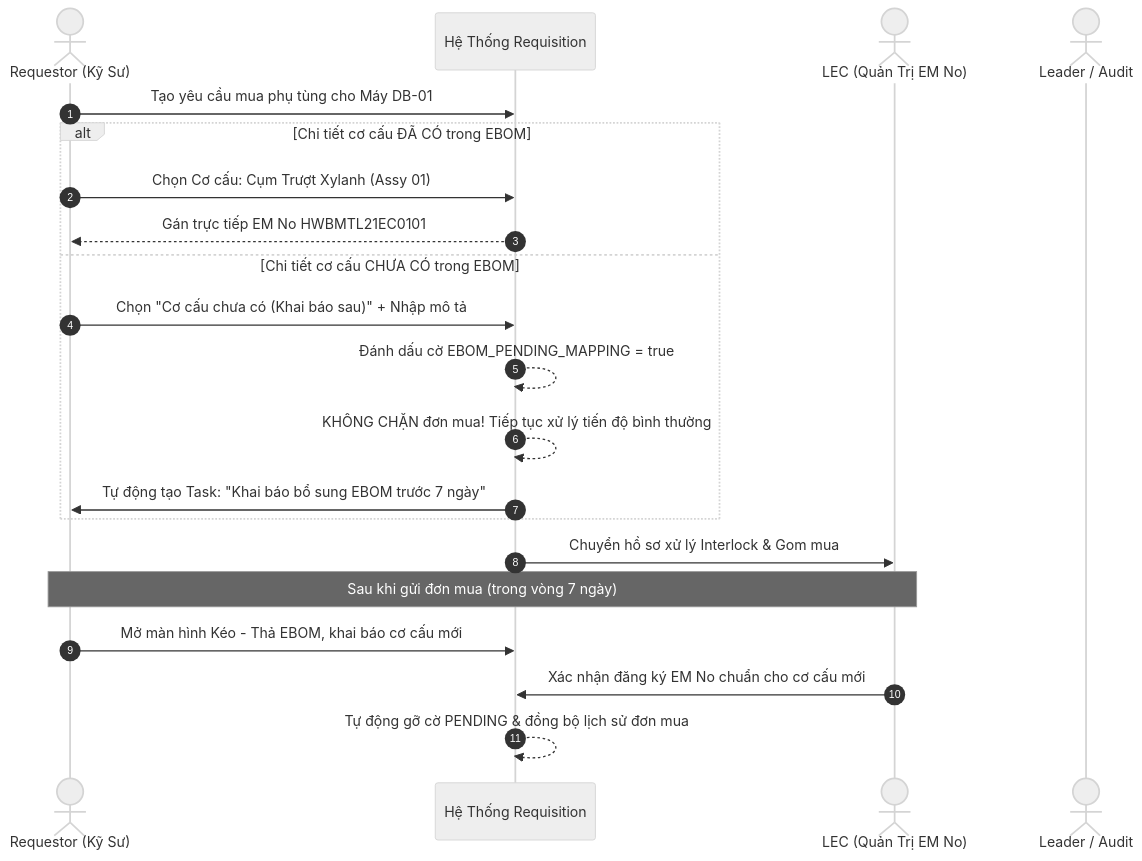
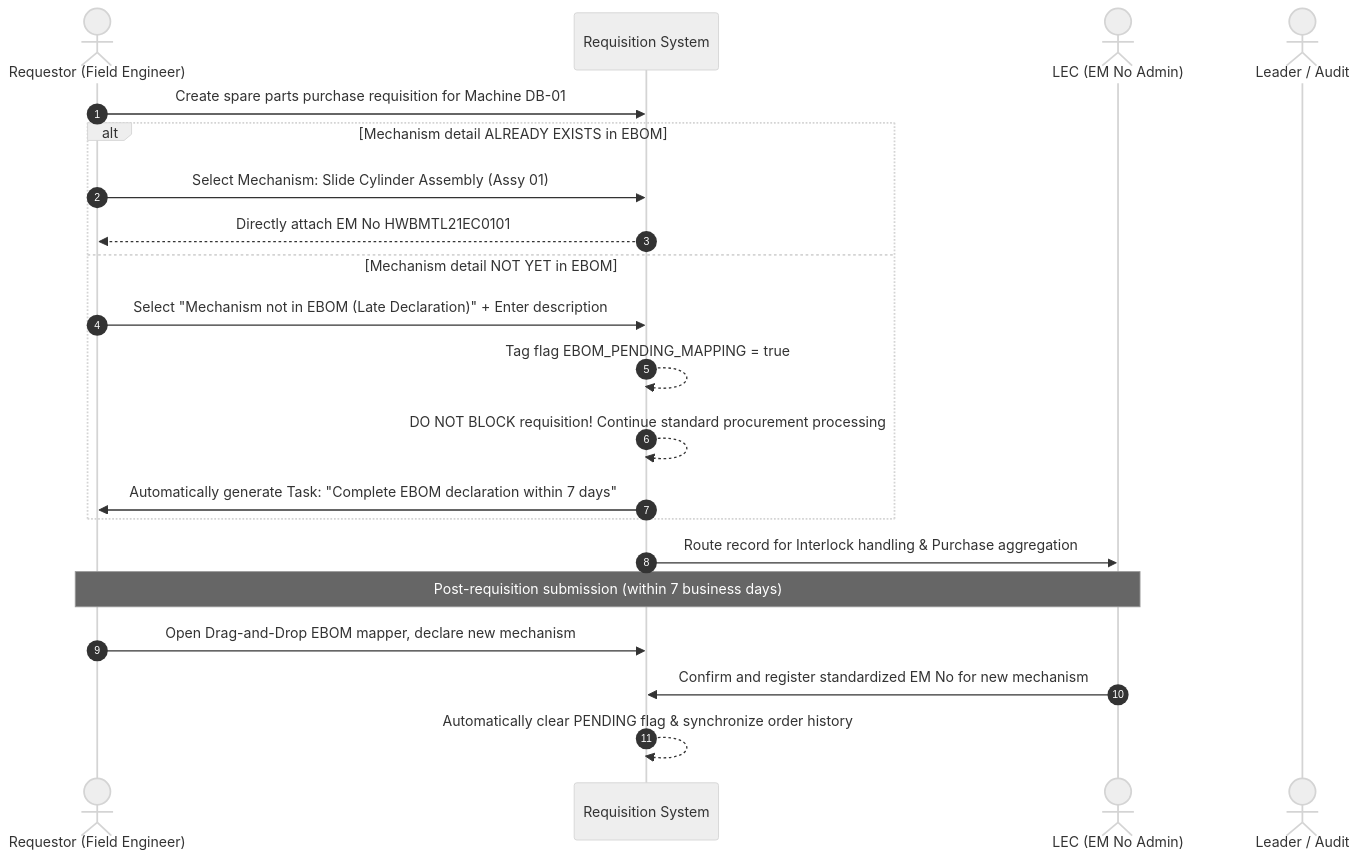
One commit to longphamduc-vn/ops-workflow changed the second of 2 diagrams in procurement-system/01-master-data-and-ebom/02-ebom-structure-and-equipment-tree.md. Above: the diagram before and after it, drawn with Mermaid (neutral theme). The commit also changed other lines of this file and 28 other files, not shown here.

````diff
--- a/procurement-system/01-master-data-and-ebom/02-ebom-structure-and-equipment-tree.md
+++ b/procurement-system/01-master-data-and-ebom/02-ebom-structure-and-equipment-tree.md
@@ -84,24 +84,24 @@
 ```mermaid
 sequenceDiagram
     autonumber
-    actor REQ as Requestor (Kỹ Sư)
-    participant SYS as Hệ Thống Requisition
-    actor LEC as LEC (Quản Trị EM No)
+    actor REQ as Requestor (Field Engineer)
+    participant SYS as Requisition System
+    actor LEC as LEC (EM No Admin)
     actor MGR as Leader / Audit
 
-    REQ->>SYS: Tạo yêu cầu mua phụ tùng cho Máy DB-01
-    alt Chi tiết cơ cấu ĐÃ CÓ trong EBOM
-        REQ->>SYS: Chọn Cơ cấu: Cụm Trượt Xylanh (Assy 01)
-        SYS-->>REQ: Gán trực tiếp EM No HWBMTL21EC0101
-    else Chi tiết cơ cấu CHƯA CÓ trong EBOM
-        REQ->>SYS: Chọn "Cơ cấu chưa có (Khai báo sau)" + Nhập mô tả
-        SYS-->>SYS: Đánh dấu cờ EBOM_PENDING_MAPPING = true
-        SYS-->>SYS: KHÔNG CHẶN đơn mua! Tiếp tục xử lý tiến độ bình thường
-        SYS->>REQ: Tự động tạo Task: "Khai báo bổ sung EBOM trước 7 ngày"
+    REQ->>SYS: Create spare parts purchase requisition for Machine DB-01
+    alt Mechanism detail ALREADY EXISTS in EBOM
+        REQ->>SYS: Select Mechanism: Slide Cylinder Assembly (Assy 01)
+        SYS-->>REQ: Directly attach EM No HWBMTL21EC0101
+    else Mechanism detail NOT YET in EBOM
+        REQ->>SYS: Select "Mechanism not in EBOM (Late Declaration)" + Enter description
+        SYS-->>SYS: Tag flag EBOM_PENDING_MAPPING = true
+        SYS-->>SYS: DO NOT BLOCK requisition! Continue standard procurement processing
+        SYS->>REQ: Automatically generate Task: "Complete EBOM declaration within 7 days"
     end
-    SYS->>LEC: Chuyển hồ sơ xử lý Interlock & Gom mua
-    Note over REQ,LEC: Sau khi gửi đơn mua (trong vòng 7 ngày)
-    REQ->>SYS: Mở màn hình Kéo - Thả EBOM, khai báo cơ cấu mới
-    LEC->>SYS: Xác nhận đăng ký EM No chuẩn cho cơ cấu mới
-    SYS-->>SYS: Tự động gỡ cờ PENDING & đồng bộ lịch sử đơn mua
+    SYS->>LEC: Route record for Interlock handling & Purchase aggregation
+    Note over REQ,LEC: Post-requisition submission (within 7 business days)
+    REQ->>SYS: Open Drag-and-Drop EBOM mapper, declare new mechanism
+    LEC->>SYS: Confirm and register standardized EM No for new mechanism
+    SYS-->>SYS: Automatically clear PENDING flag & synchronize order history
 ```
````
